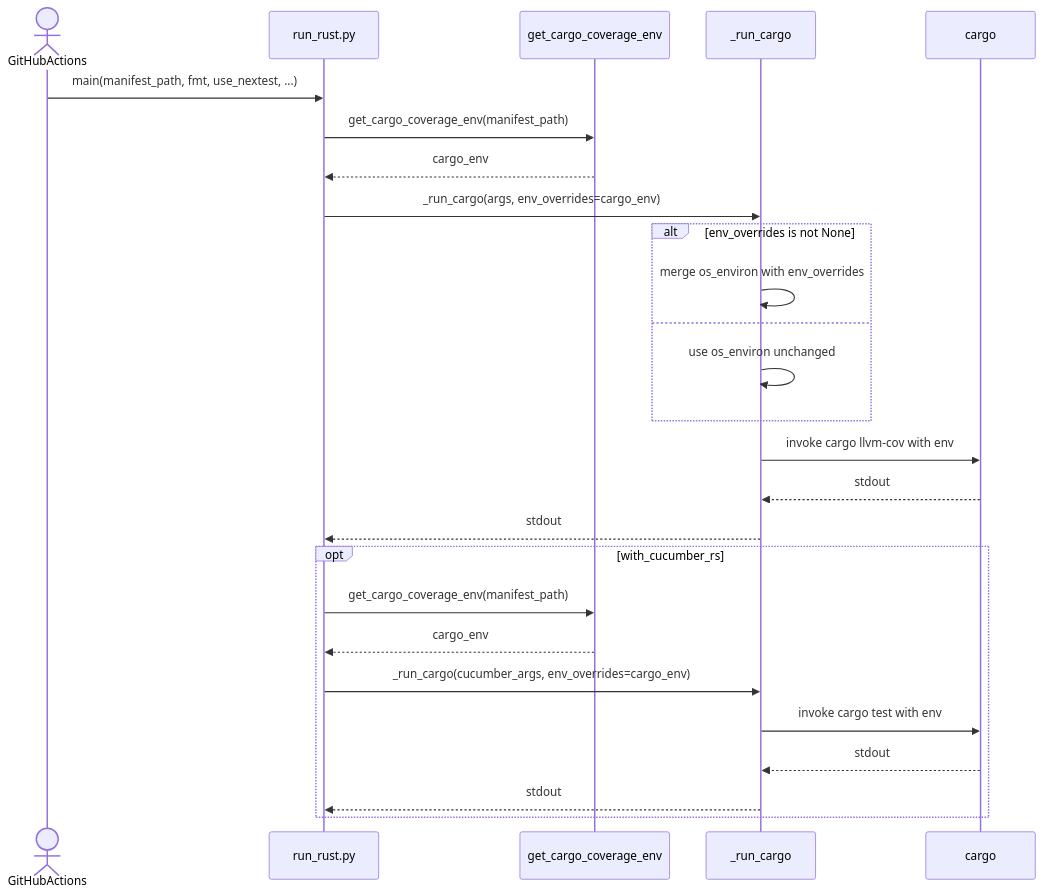
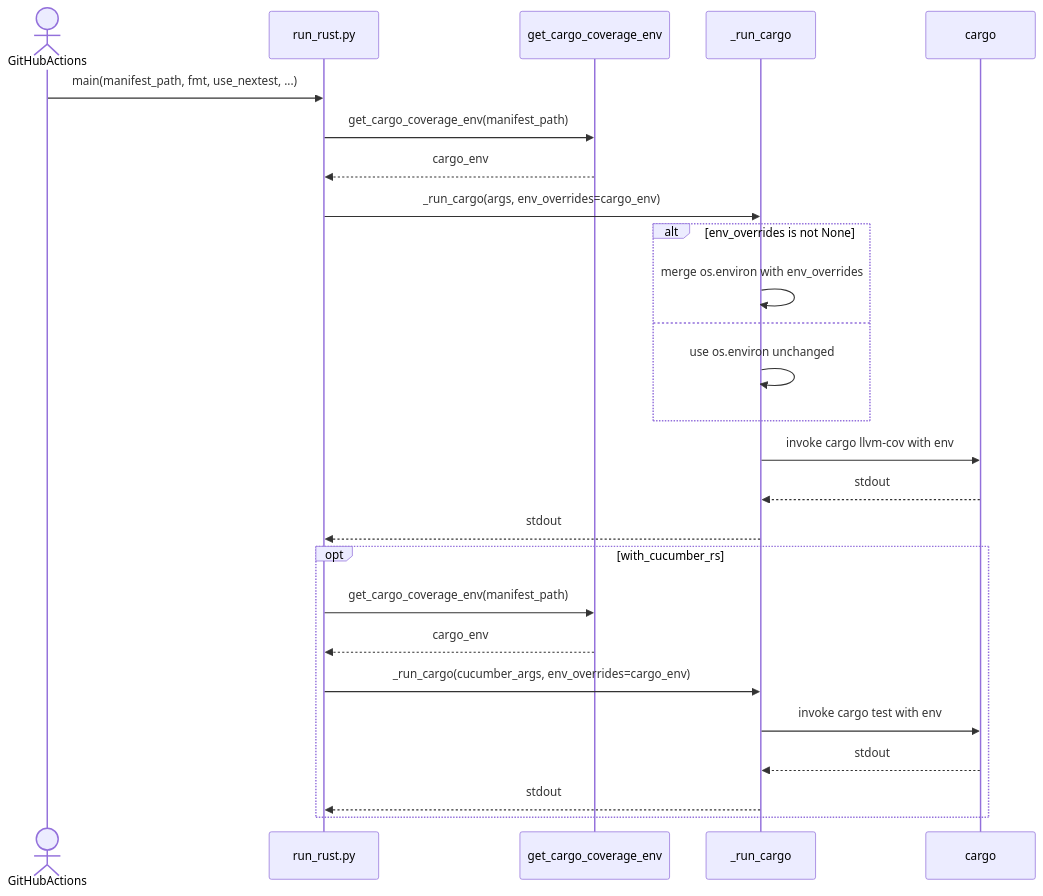
The second of 2 diagrams in .github/actions/generate-coverage/README.md (leynos/shared-actions), drawn with Mermaid before and after one commit.

Commit message:
Fix README env symbol in coverage sequence diagram
Replace the non-standard `os_environ` label in the Rust coverage
sequence diagram with the actual Python symbol `os.environ` so the docs
match `_run_cargo()` and the current environment override flow.

````diff
--- a/.github/actions/generate-coverage/README.md
+++ b/.github/actions/generate-coverage/README.md
@@ -51,30 +51,30 @@
 ```mermaid
 sequenceDiagram
     actor GitHubActions
     participant run_rust_py as run_rust.py
     participant get_cargo_coverage_env
     participant _run_cargo
     participant cargo
 
     GitHubActions->>run_rust_py: main(manifest_path, fmt, use_nextest, ...)
     run_rust_py->>get_cargo_coverage_env: get_cargo_coverage_env(manifest_path)
     get_cargo_coverage_env-->>run_rust_py: cargo_env
     run_rust_py->>_run_cargo: _run_cargo(args, env_overrides=cargo_env)
     alt env_overrides is not None
-        _run_cargo->>_run_cargo: merge os_environ with env_overrides
+        _run_cargo->>_run_cargo: merge os.environ with env_overrides
     else
-        _run_cargo->>_run_cargo: use os_environ unchanged
+        _run_cargo->>_run_cargo: use os.environ unchanged
     end
     _run_cargo->>cargo: invoke cargo llvm-cov with env
     cargo-->>_run_cargo: stdout
     _run_cargo-->>run_rust_py: stdout
 
     opt with_cucumber_rs
         run_rust_py->>get_cargo_coverage_env: get_cargo_coverage_env(manifest_path)
         get_cargo_coverage_env-->>run_rust_py: cargo_env
         run_rust_py->>_run_cargo: _run_cargo(cucumber_args, env_overrides=cargo_env)
         _run_cargo->>cargo: invoke cargo test with env
         cargo-->>_run_cargo: stdout
         _run_cargo-->>run_rust_py: stdout
     end
 ```
````
